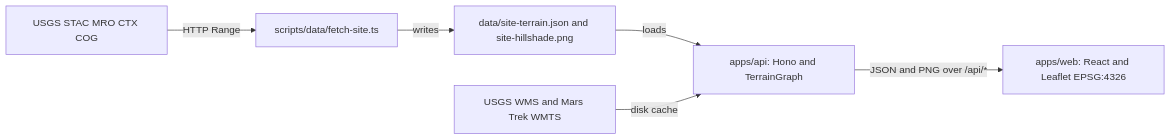
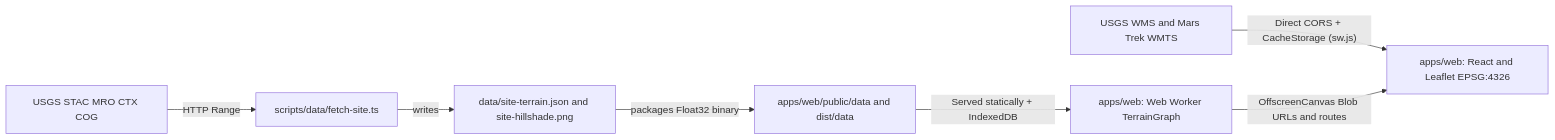
The diagram in docs/algorithms-and-architecture.md (nimbs-hack/main), drawn with Mermaid before and after one commit. The commit also changed other lines of this file and 37 other files, not shown here.

````diff
--- a/docs/algorithms-and-architecture.md
+++ b/docs/algorithms-and-architecture.md
@@ -22,8 +23,9 @@
 ```mermaid
 flowchart LR
   COG["USGS STAC MRO CTX COG"] -->|HTTP Range| Fetch["scripts/data/fetch-site.ts"]
   Fetch -->|writes| Data["data/site-terrain.json and site-hillshade.png"]
-  Data -->|loads| API["apps/api: Hono and TerrainGraph"]
-  WMS["USGS WMS and Mars Trek WMTS"] -->|disk cache| API
-  API -->|"JSON and PNG over /api/*"| Web["apps/web: React and Leaflet EPSG:4326"]
+  Data -->|packages Float32 binary| Static["apps/web/public/data and dist/data"]
+  Static -->|"Served statically + IndexedDB"| Worker["apps/web: Web Worker TerrainGraph"]
+  WMS["USGS WMS and Mars Trek WMTS"] -->|"Direct CORS + CacheStorage (sw.js)"| Web["apps/web: React and Leaflet EPSG:4326"]
+  Worker -->|"OffscreenCanvas Blob URLs and routes"| Web
 ```
````
